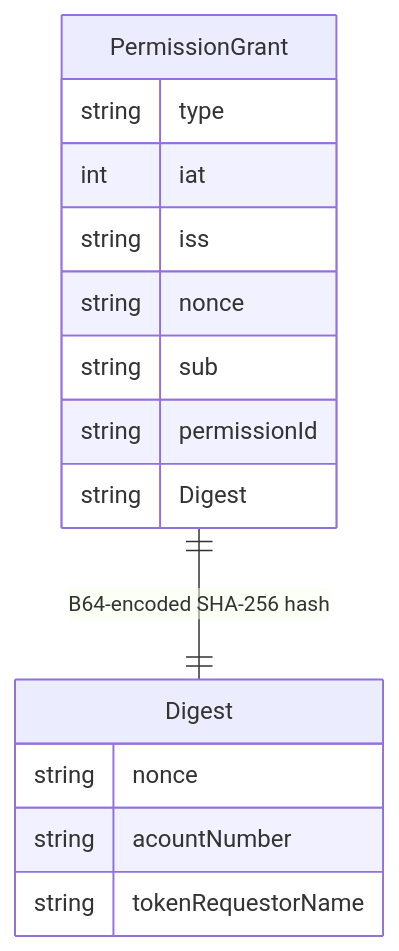
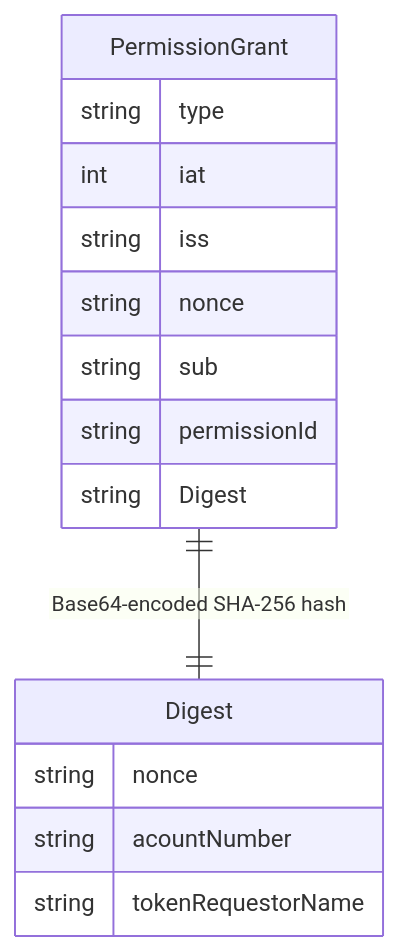
The first of 4 diagrams in docs/authentication_interoperability.md (BankAxept/bankaxept-epayment-development-kit), drawn with Mermaid before and after one commit. The commit also changed other lines of this file and 5 other files, not shown here.

````diff
--- a/docs/authentication_interoperability.md
+++ b/docs/authentication_interoperability.md
@@ -50,18 +50,19 @@
 ```mermaid
 erDiagram
-    PermissionGrant ||--|| Digest : "B64-encoded SHA-256 hash"
+    PermissionGrant ||--|| Digest : "Base64-encoded SHA-256 hash"
     PermissionGrant {
         string type
         int iat
         string iss
         string nonce
         string sub
         string permissionId
-        string Digest    }
+        string Digest    
+        }
     Digest {
       string nonce
       string acountNumber
       string tokenRequestorName
     }
 
 ```
````
